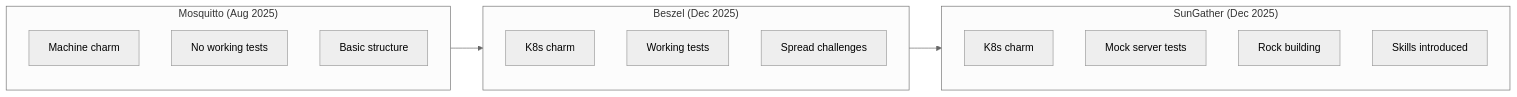
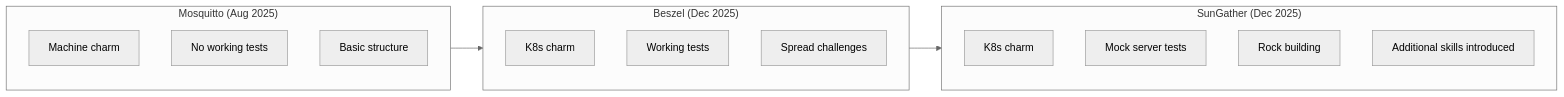
Before and after one commit to tonyandrewmeyer/charming-with-claude: the diagram in experiments/2025-12-25-sungather-k8s-operator/README.md, drawn with Mermaid (neutral theme). The commit also changed other lines of this file, not shown here.

````diff
--- a/experiments/2025-12-25-sungather-k8s-operator/README.md
+++ b/experiments/2025-12-25-sungather-k8s-operator/README.md
@@ -179,23 +181,23 @@
 ```mermaid
 graph LR
     subgraph mosquitto["Mosquitto (Aug 2025)"]
         m1[Machine charm]
         m2[No working tests]
         m3[Basic structure]
     end
 
     subgraph beszel["Beszel (Dec 2025)"]
         b1[K8s charm]
         b2[Working tests]
         b3[Spread challenges]
     end
 
     subgraph sungather["SunGather (Dec 2025)"]
         s1[K8s charm]
         s2[Mock server tests]
         s3[Rock building]
-        s4[Skills introduced]
+        s4[Additional skills introduced]
     end
 
     mosquitto --> beszel --> sungather
 ```
````
